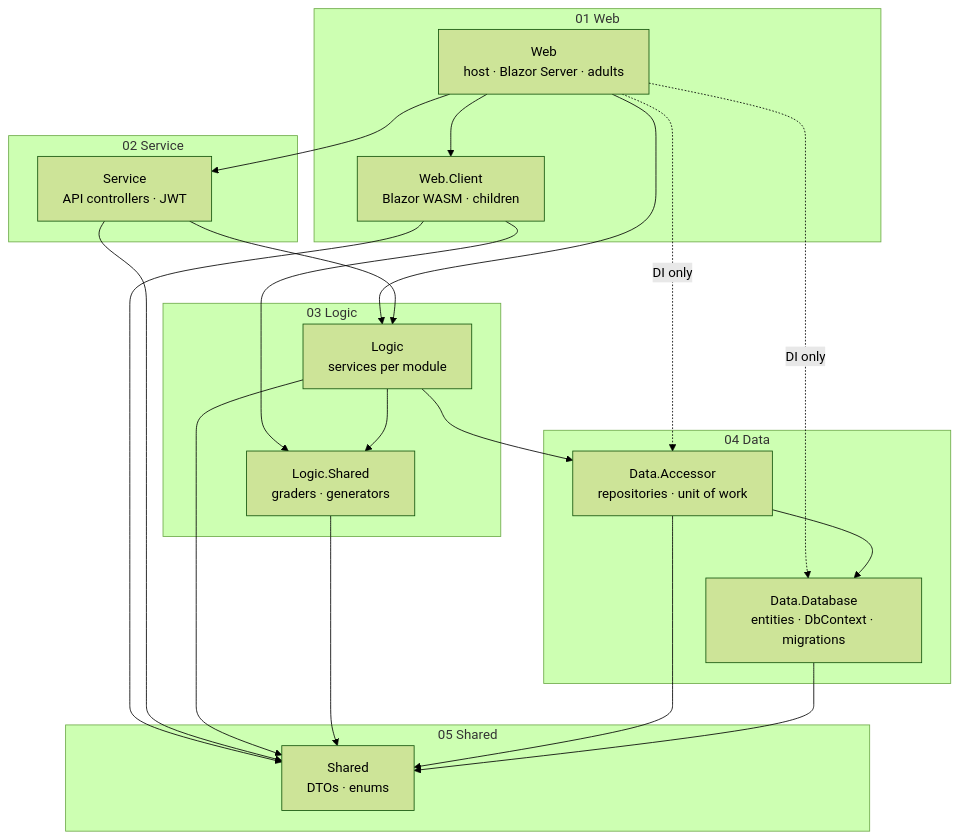
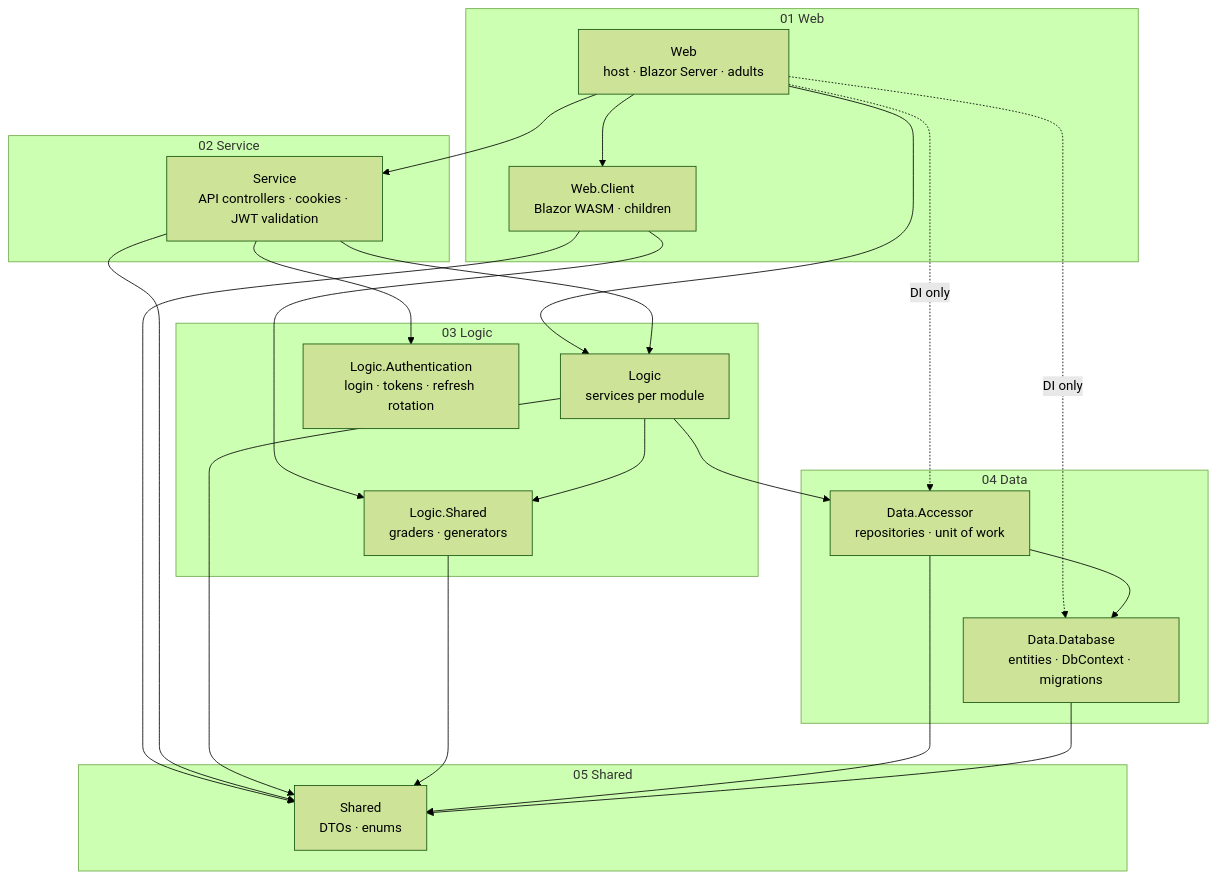
Before and after one commit to ManuelPeise/Merkwerk: the diagram in docs/infrastructure.README.md, drawn with Mermaid (forest theme). The commit also changed other lines of this file and 34 other files, not shown here.

Commit message:
LP-006: Add JWT cookie auth spike in Logic.Authentication and record results in ADR 013

````diff
--- a/docs/infrastructure.README.md
+++ b/docs/infrastructure.README.md
@@ -47,37 +48,39 @@
 ```mermaid
 flowchart TB
     subgraph W["01 Web"]
         Web["Web<br/>host · Blazor Server · adults"]
         Client["Web.Client<br/>Blazor WASM · children"]
     end
     subgraph S["02 Service"]
-        Service["Service<br/>API controllers · JWT"]
+        Service["Service<br/>API controllers · cookies · JWT validation"]
     end
     subgraph L["03 Logic"]
         Logic["Logic<br/>services per module"]
+        Auth["Logic.Authentication<br/>login · tokens · refresh rotation"]
         LShared["Logic.Shared<br/>graders · generators"]
     end
     subgraph D["04 Data"]
         Accessor["Data.Accessor<br/>repositories · unit of work"]
         Context["Data.Database<br/>entities · DbContext · migrations"]
     end
     subgraph SH["05 Shared"]
         Shared["Shared<br/>DTOs · enums"]
     end
     Web --> Client
     Web --> Service
     Web --> Logic
     Web -. DI only .-> Accessor
     Web -. DI only .-> Context
     Client --> LShared
     Client --> Shared
     Service --> Logic
+    Service --> Auth
     Service --> Shared
     Logic --> LShared
     Logic --> Accessor
     Logic --> Shared
     LShared --> Shared
     Accessor --> Context
     Accessor --> Shared
     Context --> Shared
 ```
````
